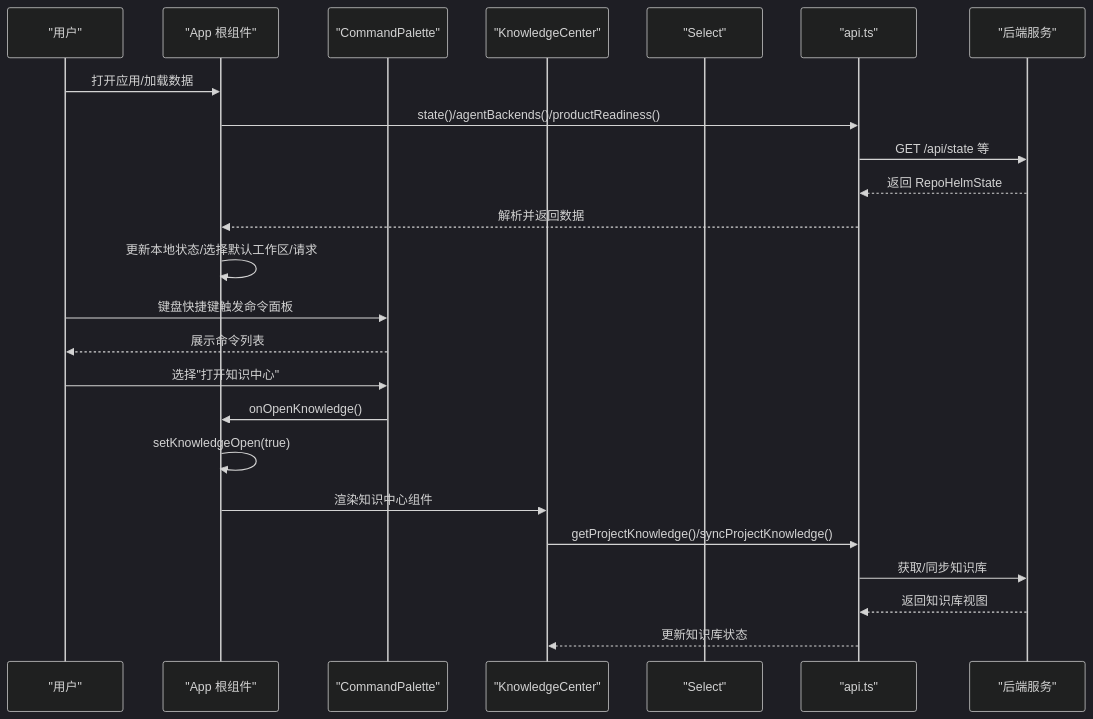
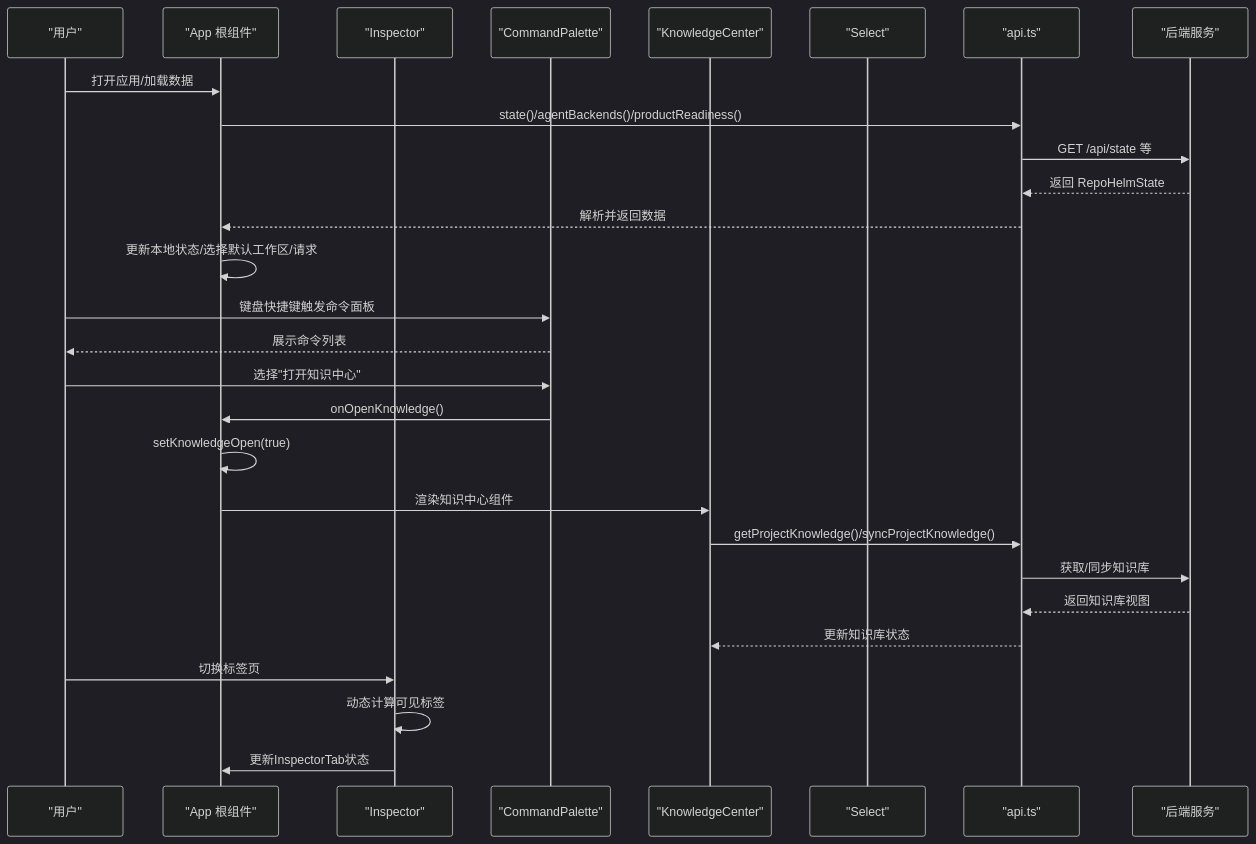
One commit to coconilu/RepoHelm changed the second of 16 diagrams in .qoder/repowiki/zh/content/Web 前端应用/Web 前端应用.md. Above: the diagram before and after it, drawn with Mermaid (dark theme). The commit also changed other lines of this file and 16 other files, not shown here.

````diff
--- a/.qoder/repowiki/zh/content/Web 前端应用/Web 前端应用.md
+++ b/.qoder/repowiki/zh/content/Web 前端应用/Web 前端应用.md
@@ -153,26 +165,30 @@
 ```mermaid
 sequenceDiagram
 participant U as "用户"
 participant A as "App 根组件"
+participant I as "Inspector"
 participant C as "CommandPalette"
 participant KC as "KnowledgeCenter"
 participant S as "Select"
 participant API as "api.ts"
 participant B as "后端服务"
 U->>A : 打开应用/加载数据
 A->>API : state()/agentBackends()/productReadiness()
 API->>B : GET /api/state 等
 B-->>API : 返回 RepoHelmState
 API-->>A : 解析并返回数据
 A->>A : 更新本地状态/选择默认工作区/请求
 U->>C : 键盘快捷键触发命令面板
 C-->>U : 展示命令列表
 U->>C : 选择"打开知识中心"
 C->>A : onOpenKnowledge()
 A->>A : setKnowledgeOpen(true)
 A->>KC : 渲染知识中心组件
 KC->>API : getProjectKnowledge()/syncProjectKnowledge()
 API->>B : 获取/同步知识库
 B-->>API : 返回知识库视图
 API-->>KC : 更新知识库状态
+U->>I : 切换标签页
+I->>I : 动态计算可见标签
+I->>A : 更新InspectorTab状态
 ```
````
